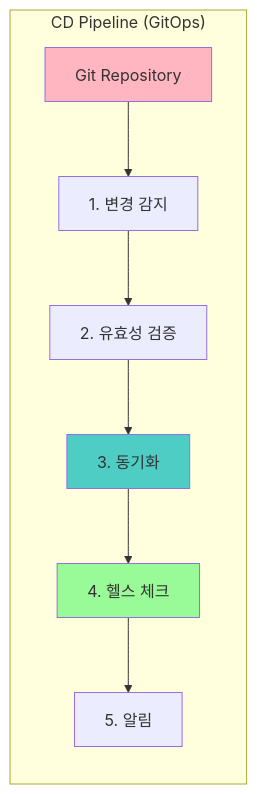
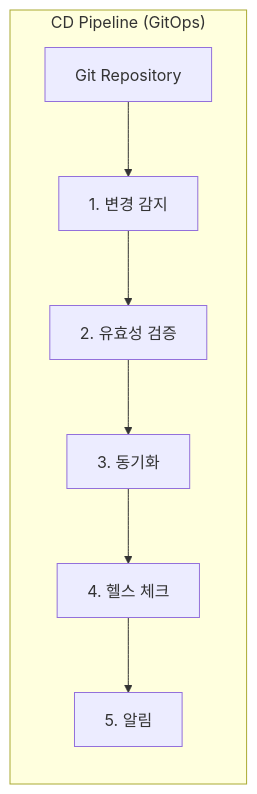
Diagram 17 of 41 in docs/cicd/week1-image-build.md (juwon8891/juwon8891.github.io), drawn with Mermaid before and after one commit. The commit also changed other lines of this file and 18 other files, not shown here.

Commit message:
Remove bright colors from Mermaid diagrams for dark mode compatibility

````diff
--- a/docs/cicd/week1-image-build.md
+++ b/docs/cicd/week1-image-build.md
@@ -1060,14 +1019,11 @@
 ```mermaid
 flowchart LR
     subgraph "CD Pipeline (GitOps)"
         GIT[Git Repository] --> DETECT[1. 변경 감지]
         DETECT --> VALIDATE[2. 유효성 검증]
         VALIDATE --> SYNC[3. 동기화]
         SYNC --> HEALTH[4. 헬스 체크]
         HEALTH --> NOTIFY[5. 알림]
 
-        style GIT fill:#FFB6C1
-        style SYNC fill:#4ECDC4
-        style HEALTH fill:#98FB98
     end
 ```
````
